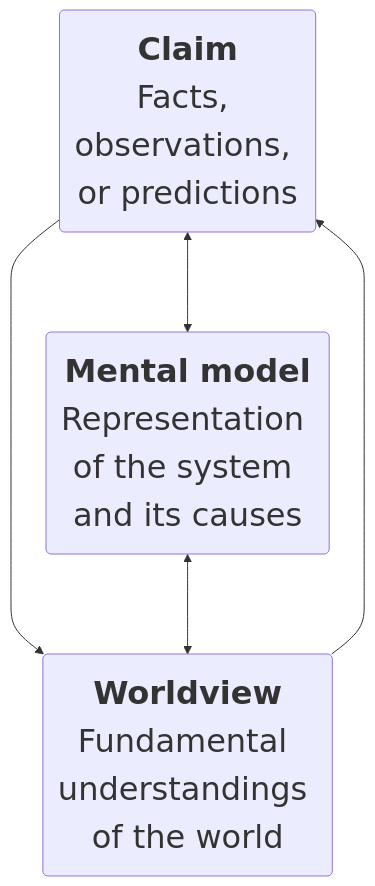
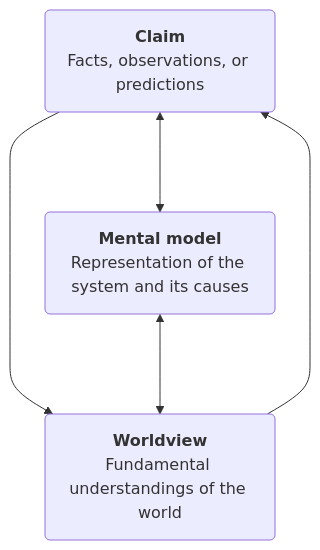
The third of 5 diagrams in workshop.qmd (matt-lab/2023-05-26_rejection-of-science), drawn with Mermaid before and after one commit. The commit also changed other lines of this file and 1 other file, not shown here.

Commit message:
Fixed vertical distance in flowcharts

````diff
--- a/workshop.qmd
+++ b/workshop.qmd
@@ -264,10 +265,10 @@
 ```{mermaid}
 %%| mermaid-format: svg
-%%| fig-width: 800px
+%%| fig-height: 700px
 flowchart TD
-  A(<font size=6><b>Claim</b>\nFacts, observations, or predictions)
-  B(<font size=6><b>Mental model</b>\nRepresentation of the system and its causes)
-  C(<font size=6><b>Worldview</b>\nFundamental understandings of the world)
+  A(<p><b>Claim</b>\nFacts, observations, or predictions</p>)
+  B(<p><b>Mental model</b>\nRepresentation of the system and its causes</p>)
+  C(<p><b>Worldview</b>\nFundamental understandings of the world</p>)
   C ---> A ---> C
   A <---> B <---> C
 ```
````
